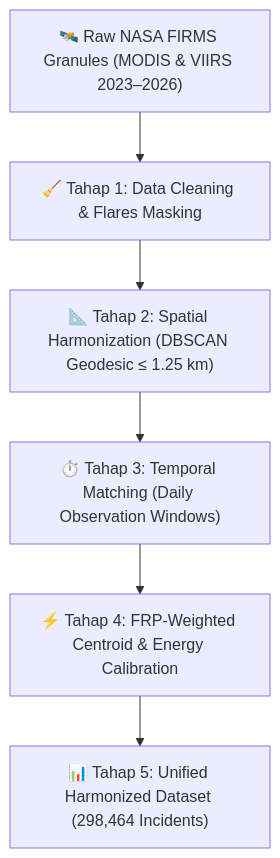
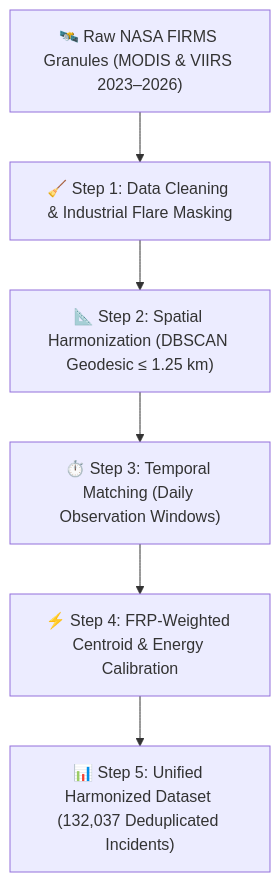
One commit to Kaffqa/GreatEye changed the first of 2 diagrams in README.md. Above: the diagram before and after it, drawn with Mermaid. The commit also changed other lines of this file, not shown here.

Commit message:
docs: translate README to professional English with enhanced scientific formatting and architecture diagrams

````diff
--- a/README.md
+++ b/README.md
@@ -74,8 +90,8 @@
 ```mermaid
 flowchart TD
-    A["🛰️ Raw NASA FIRMS Granules (MODIS & VIIRS 2023–2026)"] --> B["🧹 Tahap 1: Data Cleaning & Flares Masking"]
-    B --> C["📐 Tahap 2: Spatial Harmonization (DBSCAN Geodesic ≤ 1.25 km)"]
-    C --> D["⏱️ Tahap 3: Temporal Matching (Daily Observation Windows)"]
-    D --> E["⚡ Tahap 4: FRP-Weighted Centroid & Energy Calibration"]
-    E --> F["📊 Tahap 5: Unified Harmonized Dataset (298,464 Incidents)"]
+    A["🛰️ Raw NASA FIRMS Granules (MODIS & VIIRS 2023–2026)"] --> B["🧹 Step 1: Data Cleaning & Industrial Flare Masking"]
+    B --> C["📐 Step 2: Spatial Harmonization (DBSCAN Geodesic ≤ 1.25 km)"]
+    C --> D["⏱️ Step 3: Temporal Matching (Daily Observation Windows)"]
+    D --> E["⚡ Step 4: FRP-Weighted Centroid & Energy Calibration"]
+    E --> F["📊 Step 5: Unified Harmonized Dataset (132,037 Deduplicated Incidents)"]
 ```
````
